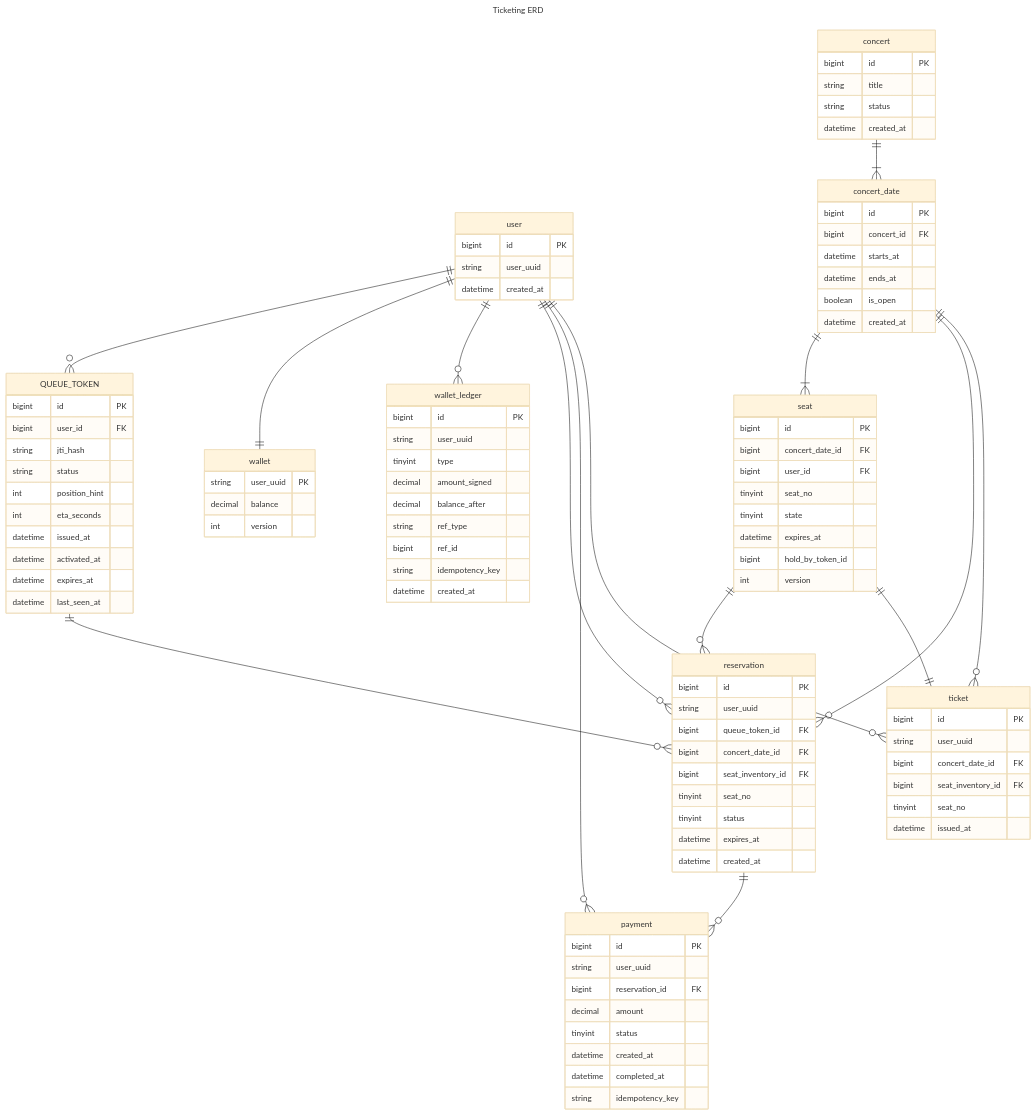
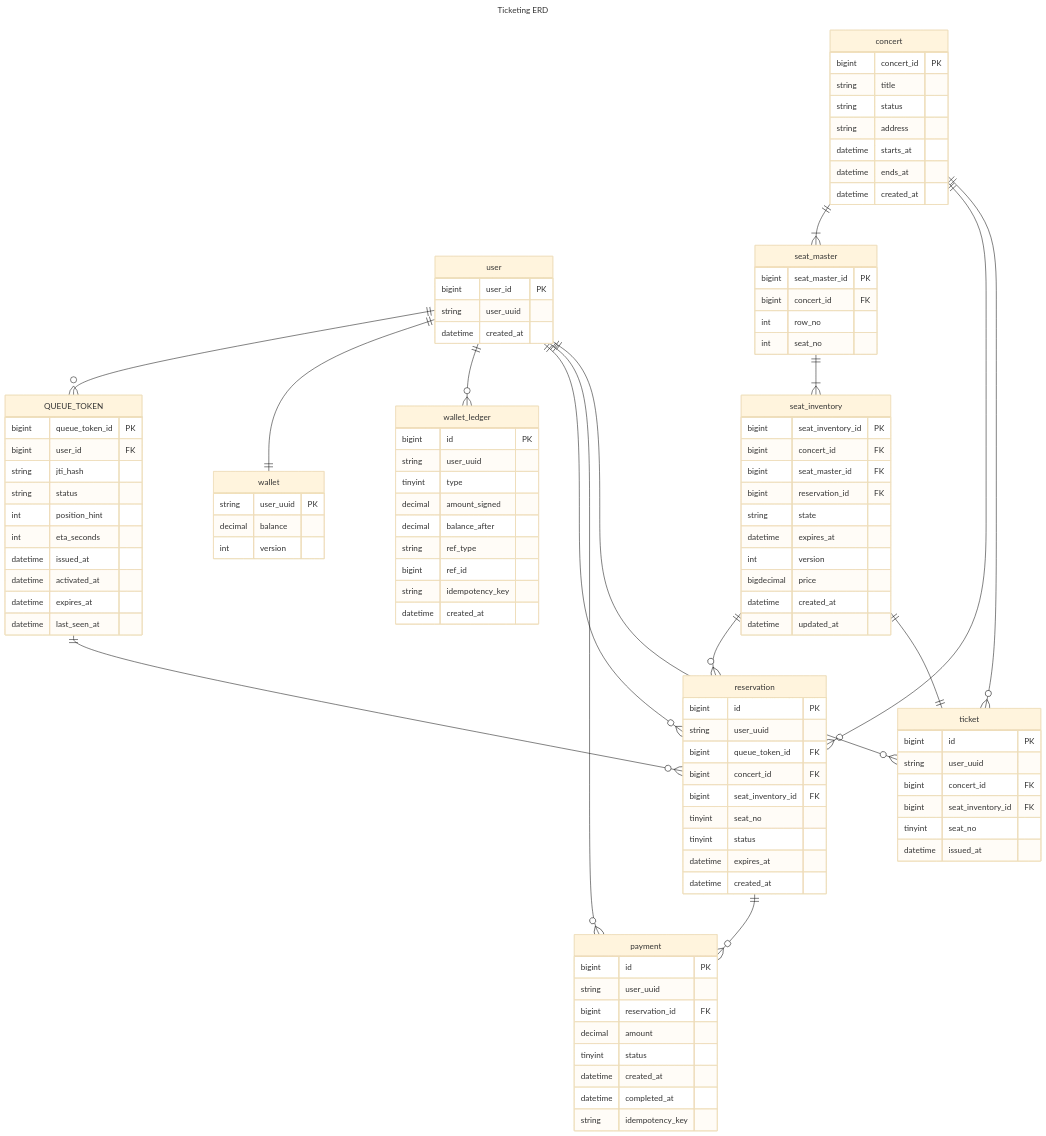
The diagram in docs/ERD.md (Changm-L/ticketing), drawn with Mermaid (base theme) before and after one commit.

Commit message:
chore: seat -> seat_master, seat_inventory 분리

```diff
--- a/docs/ERD.md
+++ b/docs/ERD.md
@@ -4,13 +4,13 @@
 ---
 erDiagram
     user {
-        bigint id PK
+        bigint user_id PK
         string user_uuid
         datetime created_at
     }
 
     QUEUE_TOKEN {
-        bigint id PK
+        bigint queue_token_id PK
         bigint user_id FK
         string jti_hash
         string status
@@ -23,37 +23,42 @@
     }
 
     concert {
-        bigint id PK
+        bigint concert_id PK
         string title
         string status
+        string address
+        datetime starts_at
+        datetime ends_at
         datetime created_at
     }
-
-    concert_date {
-        bigint id PK
+    
+%%    공연장 좌석 정보
+    seat_master {
+        bigint seat_master_id PK
         bigint concert_id FK
-        datetime starts_at
-        datetime ends_at
-        boolean is_open
+        int row_no
+        int seat_no
+    }
+    
+    seat_inventory {
+        bigint seat_inventory_id PK
+        bigint concert_id FK
+        bigint seat_master_id FK
+        bigint reservation_id FK
+        string state
+        datetime expires_at
+        int version
+        bigdecimal price
         datetime created_at
-    }
-
-    seat {
-        bigint id PK
-        bigint concert_date_id FK
-        bigint user_id FK
-        tinyint seat_no
-        tinyint state
-        datetime expires_at
-        bigint hold_by_token_id
-        int version
+        datetime updated_at
+%%        hold_token_id   BIGINT NULL
     }
 
     reservation {
         bigint id PK
         string user_uuid
         bigint queue_token_id FK
-        bigint concert_date_id FK
+        bigint concert_id FK
         bigint seat_inventory_id FK
         tinyint seat_no
         tinyint status
@@ -93,7 +98,7 @@
     ticket {
         bigint id PK
         string user_uuid
-        bigint concert_date_id FK
+        bigint concert_id FK
         bigint seat_inventory_id FK
         tinyint seat_no
         datetime issued_at
@@ -101,14 +106,14 @@
 
 %% 관계
     user ||--o{ QUEUE_TOKEN: ""
-    concert ||--|{ concert_date: ""
-    concert_date ||--|{ seat: ""
-    seat ||--o{ reservation: ""
+    concert ||--|{ seat_master: ""
+    seat_master ||--|{ seat_inventory: ""
+    seat_inventory ||--o{ reservation: ""
     QUEUE_TOKEN ||--o{ reservation: ""
-    concert_date ||--o{ reservation: ""
+    concert ||--o{ reservation: ""
     reservation ||--o{ payment: ""
-    seat ||--|| ticket: ""
-    concert_date ||--o{ ticket: ""
+    seat_inventory ||--|| ticket: ""
+    concert ||--o{ ticket: ""
     user ||--|| wallet: ""
     user ||--o{ wallet_ledger: ""
     user ||--o{ reservation: ""
```
